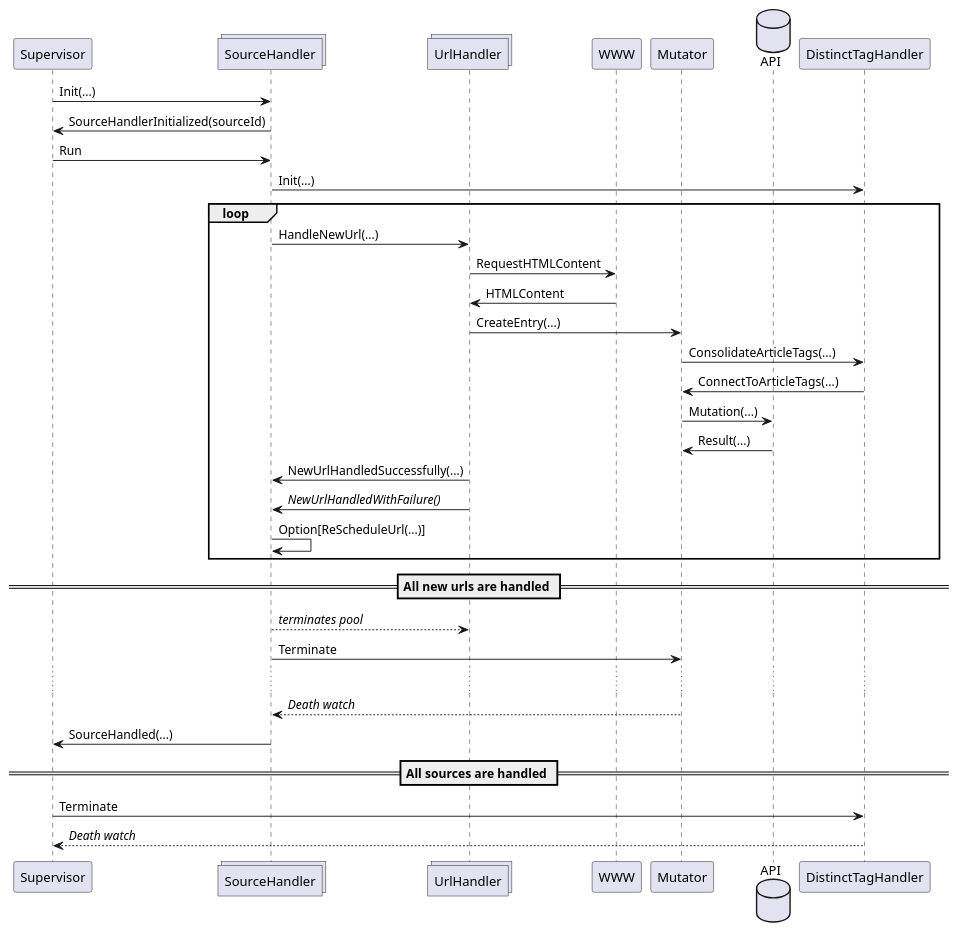
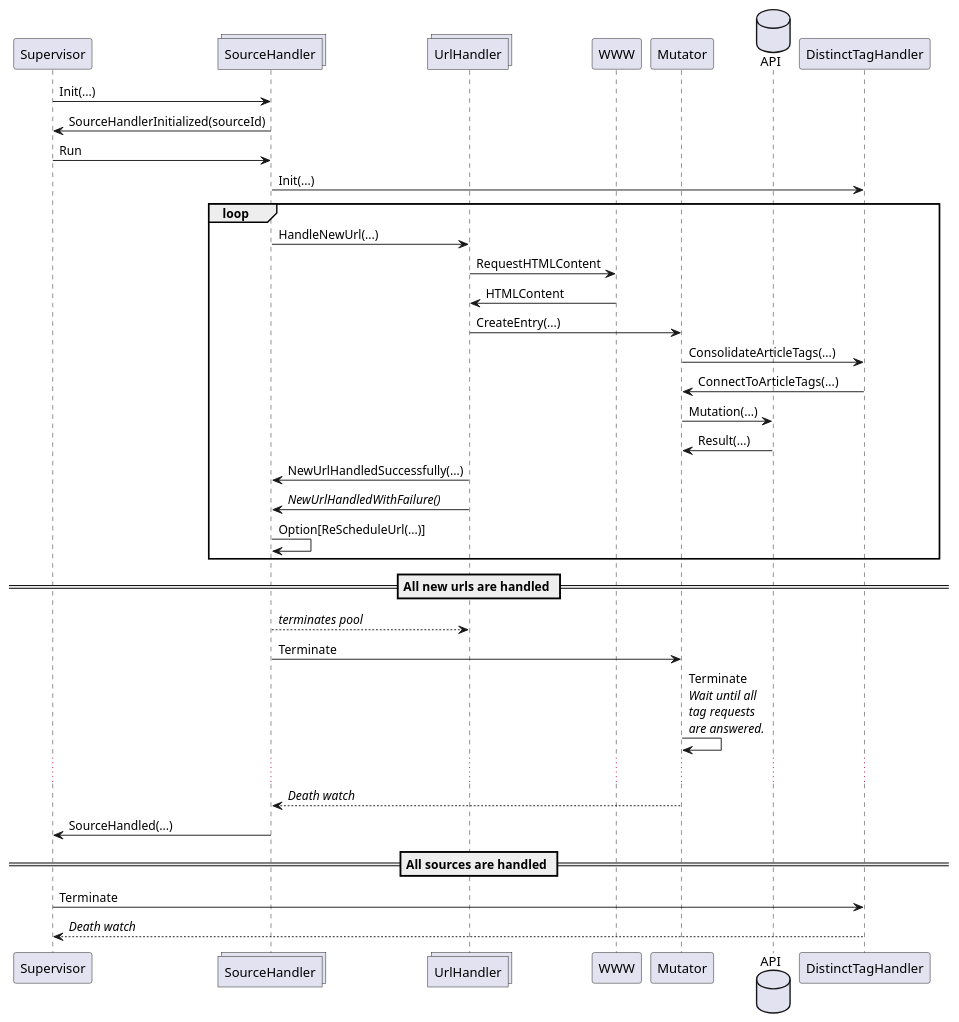
Before and after one commit to coverified/content_extractor: the diagram in doc/proto.puml, drawn with PlantUML. The commit also changed 1 other file, not shown here.

Commit message:
Don't shut down mutator, before all tag requests are answered

```diff
--- a/doc/proto.puml
+++ b/doc/proto.puml
@@ -1,45 +1,46 @@
 @startuml
 participant Supervisor
 collections SourceHandler
 collections UrlHandler
 participant WWW
 participant Mutator
 database API
 
 
 Supervisor -> SourceHandler: Init(...)
 SourceHandler -> Supervisor: SourceHandlerInitialized(sourceId)
 Supervisor -> SourceHandler: Run
 
 SourceHandler -> DistinctTagHandler: Init(...)
 
 loop
 SourceHandler -> UrlHandler: HandleNewUrl(...)
 UrlHandler -> WWW: RequestHTMLContent
 WWW -> UrlHandler: HTMLContent
 
 UrlHandler -> Mutator: CreateEntry(...)
 Mutator -> DistinctTagHandler: ConsolidateArticleTags(...)
 DistinctTagHandler -> Mutator: ConnectToArticleTags(...)
 Mutator -> API: Mutation(...)
 API -> Mutator: Result(...)
 UrlHandler -> SourceHandler: NewUrlHandledSuccessfully(...)
 UrlHandler -> SourceHandler: //NewUrlHandledWithFailure()//
 
 SourceHandler -> SourceHandler: Option[ReScheduleUrl(...)]
 end loop
 
 == All new urls are handled ==
 
 SourceHandler --> UrlHandler: //terminates pool//
 SourceHandler -> Mutator: Terminate
+Mutator -> Mutator: Terminate\n//Wait until all//\n//tag requests//\n//are answered.//
 ...
 Mutator --> SourceHandler: //Death watch//
 
 SourceHandler -> Supervisor:SourceHandled(...)
 
 == All sources are handled ==
 Supervisor -> DistinctTagHandler: Terminate
 DistinctTagHandler --> Supervisor: //Death watch//
 
 @enduml
```
